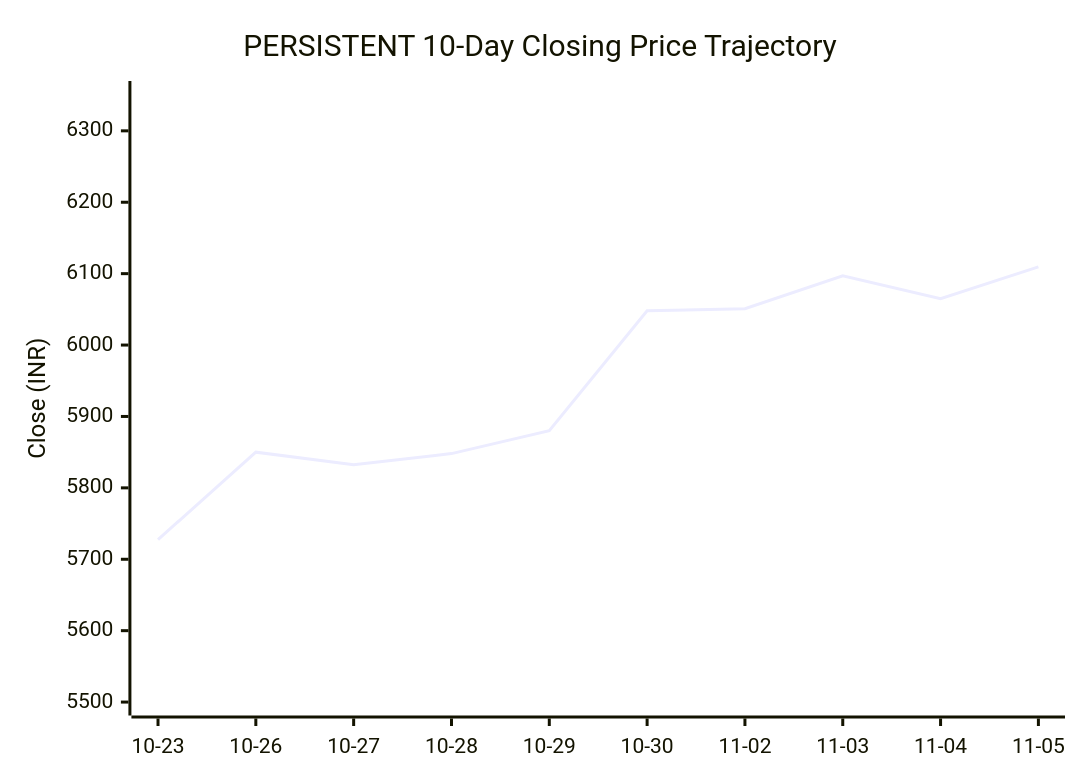
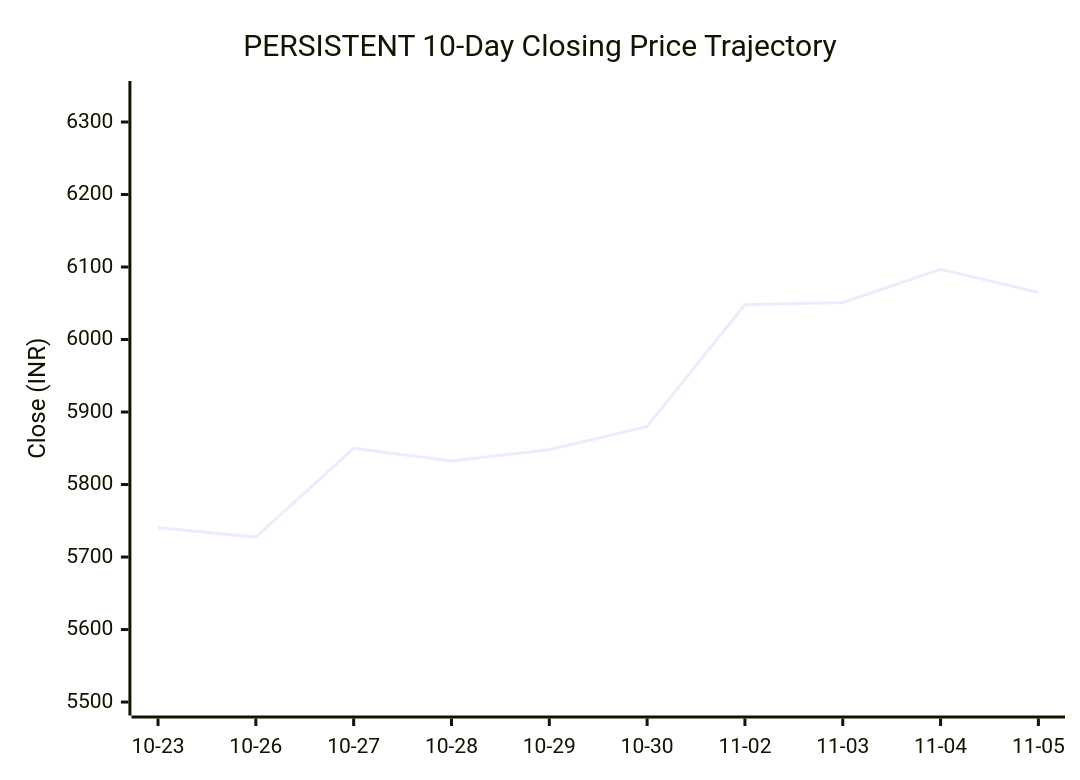
One commit to purnareddy9/dev changed the second of 3 diagrams in market-intelligence/stocks/PERSISTENT/README.md. Above: the diagram before and after it, drawn with Mermaid. The commit also changed other lines of this file and 3 other files, not shown here.

````diff
--- a/market-intelligence/stocks/PERSISTENT/README.md
+++ b/market-intelligence/stocks/PERSISTENT/README.md
@@ -65,7 +65,7 @@
 ```mermaid
 xychart-beta
     title "PERSISTENT 10-Day Closing Price Trajectory"
     x-axis ["10-23", "10-26", "10-27", "10-28", "10-29", "10-30", "11-02", "11-03", "11-04", "11-05"]
-    y-axis "Close (INR)" 5498 --> 6353
-    line [5727.5, 5850.0, 5832.5, 5848.0, 5880.0, 6048.0, 6051.0, 6097.0, 6065.0, 6109.5]
+    y-axis "Close (INR)" 5498 --> 6340
+    line [5740.5, 5727.5, 5850.0, 5832.5, 5848.0, 5880.0, 6048.0, 6051.0, 6097.0, 6065.0]
 ```
````
